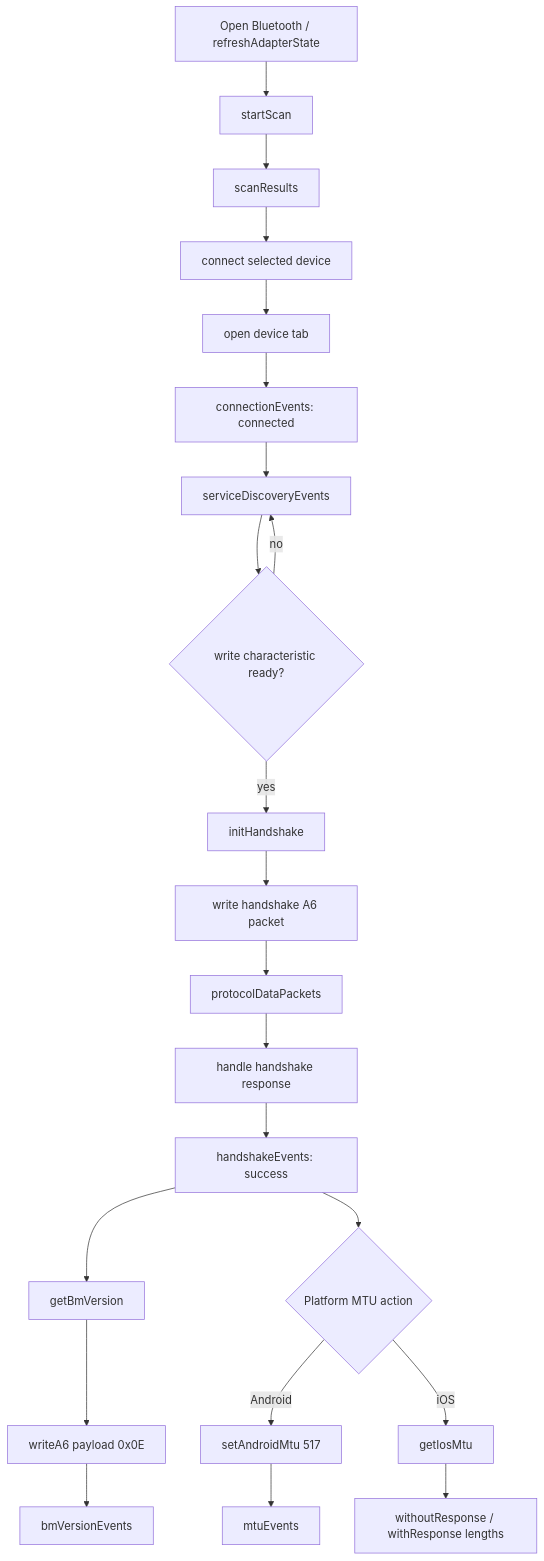
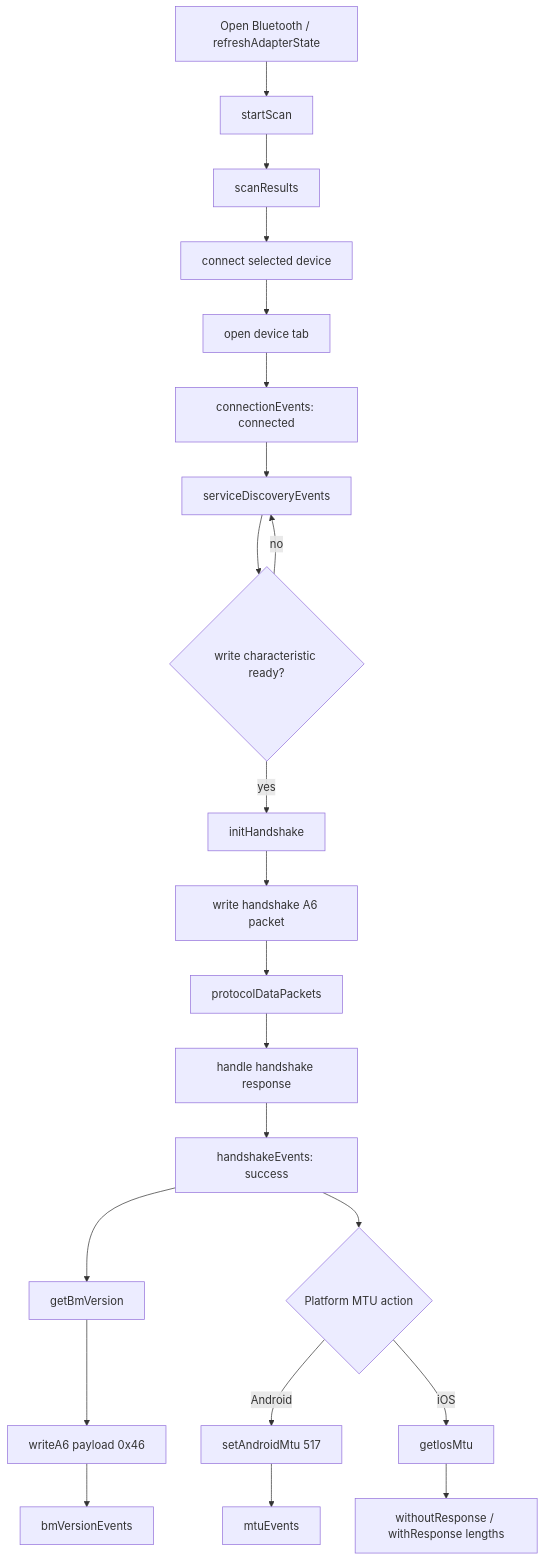
The diagram in README.md (elinkthings/flutter_elink_ble), drawn with Mermaid before and after one commit. The commit also changed other lines of this file and 7 other files, not shown here.

````diff
--- a/README.md
+++ b/README.md
@@ -136,24 +136,24 @@
 ```mermaid
 flowchart TD
   A[Open Bluetooth / refreshAdapterState] --> B[startScan]
   B --> C[scanResults]
   C --> D[connect selected device]
   D --> E[open device tab]
   E --> F[connectionEvents: connected]
   F --> G[serviceDiscoveryEvents]
   G --> H{write characteristic ready?}
   H -- no --> G
   H -- yes --> I[initHandshake]
   I --> J[write handshake A6 packet]
   J --> K[protocolDataPackets]
   K --> L[handle handshake response]
   L --> M[handshakeEvents: success]
   M --> N[getBmVersion]
-  N --> O[writeA6 payload 0x0E]
+  N --> O[writeA6 payload 0x46]
   O --> P[bmVersionEvents]
   M --> Q{Platform MTU action}
   Q -- Android --> R[setAndroidMtu 517]
   R --> S[mtuEvents]
   Q -- iOS --> T[getIosMtu]
   T --> U[withoutResponse / withResponse lengths]
 ```
````
